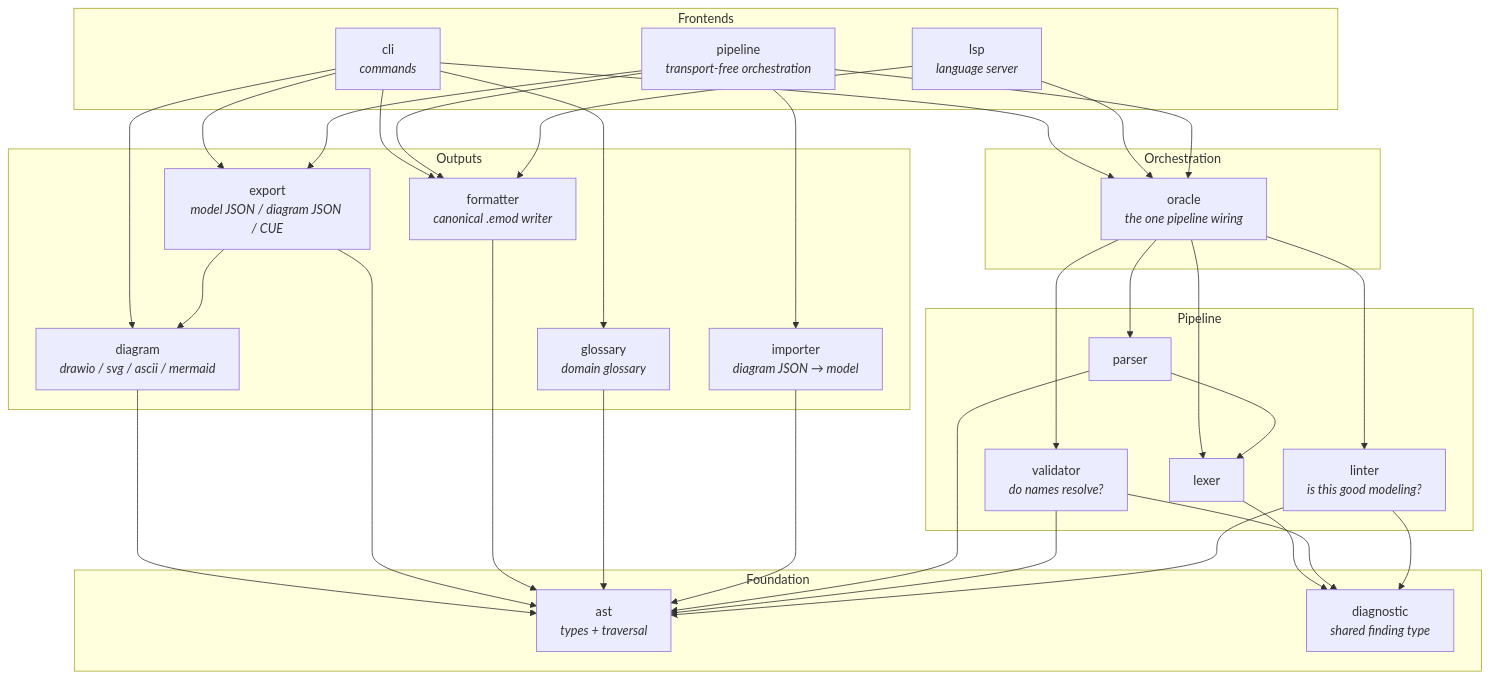
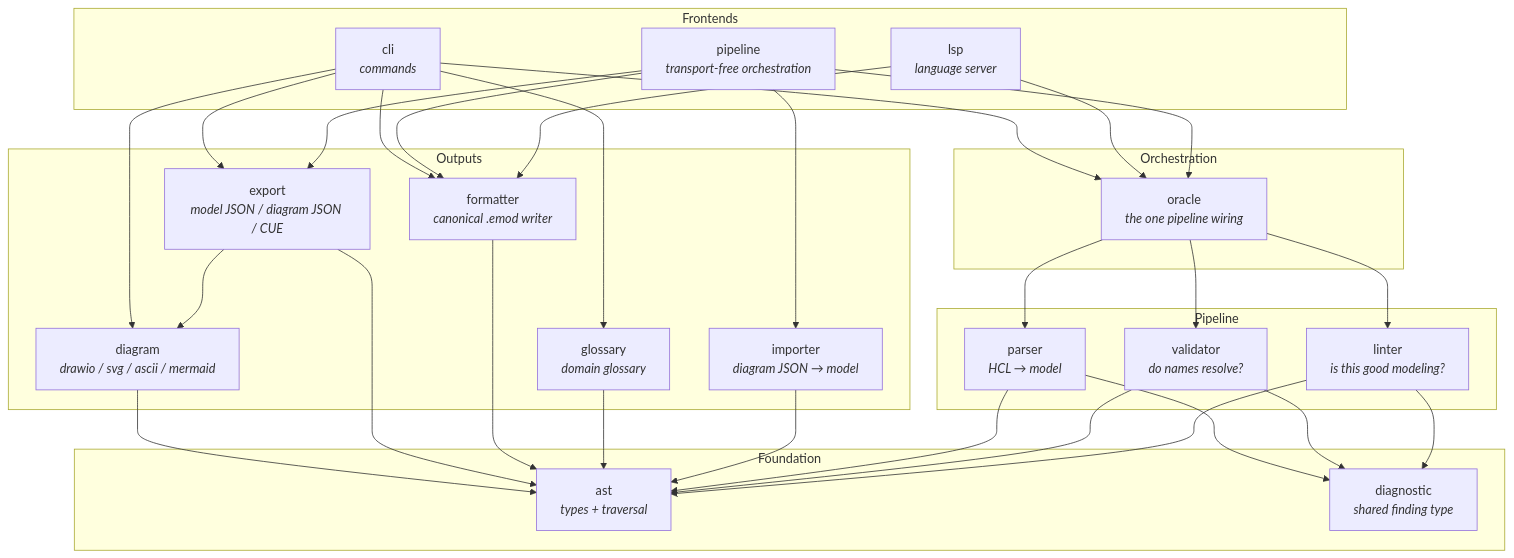
Before and after one commit to hpcsc/emod: the first of 5 diagrams in docs/architecture.md, drawn with Mermaid. The commit also changed other lines of this file and 47 other files, not shown here.

````diff
--- a/docs/architecture.md
+++ b/docs/architecture.md
@@ -31,64 +31,61 @@
 ```mermaid
 graph TD
     subgraph Frontends
         cli[cli<br/><i>commands</i>]
         lsp[lsp<br/><i>language server</i>]
         pipeline[pipeline<br/><i>transport-free orchestration</i>]
     end
 
     subgraph Orchestration
         oracle[oracle<br/><i>the one pipeline wiring</i>]
     end
 
     subgraph Outputs
         diagram[diagram<br/><i>drawio / svg / ascii / mermaid</i>]
         export[export<br/><i>model JSON / diagram JSON / CUE</i>]
         formatter[formatter<br/><i>canonical .emod writer</i>]
         glossary[glossary<br/><i>domain glossary</i>]
         importer[importer<br/><i>diagram JSON → model</i>]
     end
 
     subgraph Pipeline
-        lexer[lexer]
-        parser[parser]
+        parser[parser<br/><i>HCL → model</i>]
         validator[validator<br/><i>do names resolve?</i>]
         linter[linter<br/><i>is this good modeling?</i>]
     end
 
     subgraph Foundation
         ast[ast<br/><i>types + traversal</i>]
         diagnostic[diagnostic<br/><i>shared finding type</i>]
     end
 
     cli --> oracle
     lsp --> oracle
     pipeline --> oracle
     cli --> diagram
     cli --> export
     cli --> formatter
     cli --> glossary
     pipeline --> export
     pipeline --> importer
     pipeline --> formatter
     lsp --> formatter
 
-    oracle --> lexer
     oracle --> parser
     oracle --> validator
     oracle --> linter
 
     export --> diagram
     diagram --> ast
     export --> ast
     formatter --> ast
     glossary --> ast
     importer --> ast
 
-    lexer --> diagnostic
-    parser --> lexer
+    parser --> diagnostic
     parser --> ast
     validator --> ast
     linter --> ast
     validator --> diagnostic
     linter --> diagnostic
 ```
````
